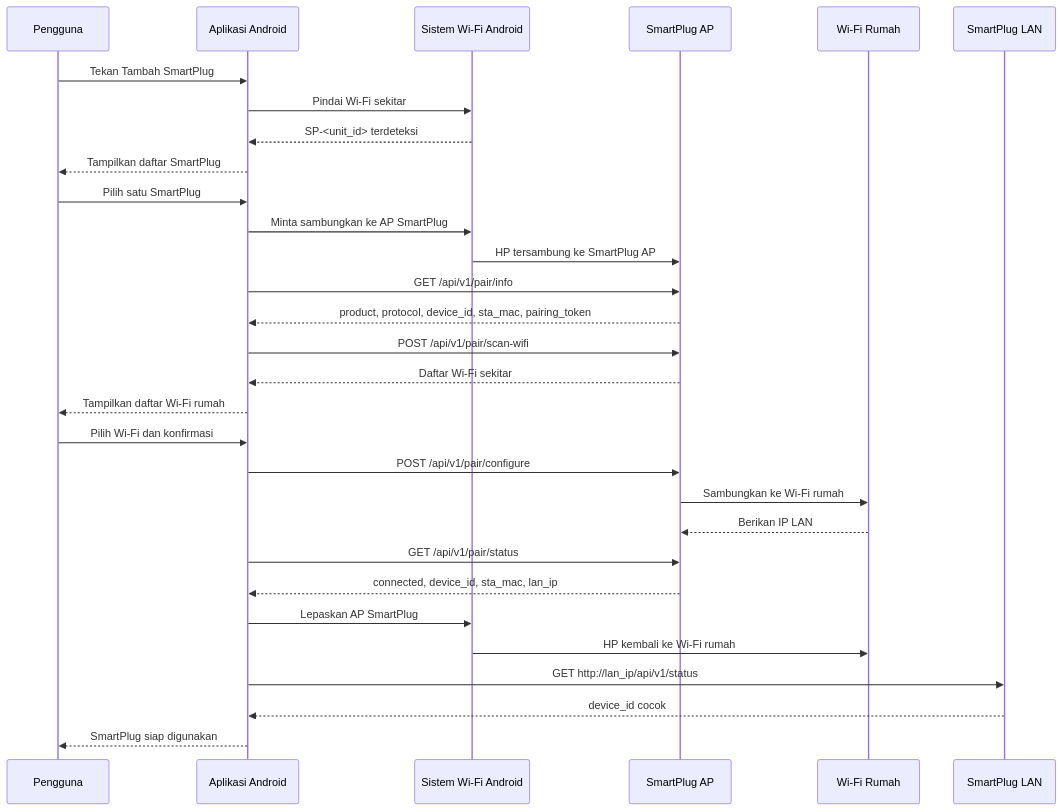
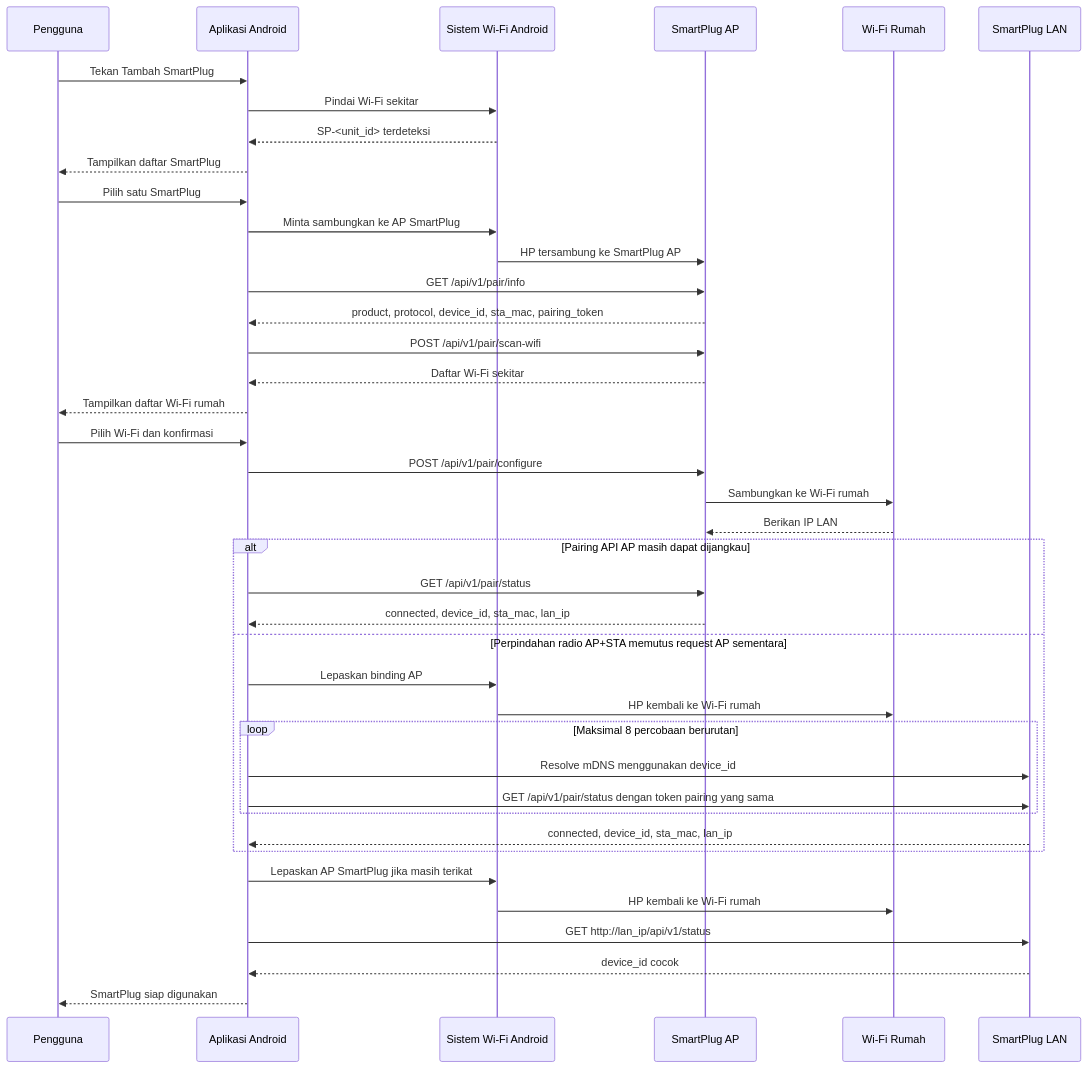
Before and after one commit to fadlurrahmanf/SmartPlug: the third of 5 diagrams in SmartPlug/docs/design.md, drawn with Mermaid. The commit also changed other lines of this file and 110 other files, not shown here.

````diff
--- a/SmartPlug/docs/design.md
+++ b/SmartPlug/docs/design.md
@@ -146,34 +244,44 @@
 ```mermaid
 sequenceDiagram
     participant U as Pengguna
     participant A as Aplikasi Android
     participant W as Sistem Wi-Fi Android
     participant S as SmartPlug AP
     participant R as Wi-Fi Rumah
     participant L as SmartPlug LAN
 
     U->>A: Tekan Tambah SmartPlug
     A->>W: Pindai Wi-Fi sekitar
     W-->>A: SP-<unit_id> terdeteksi
     A-->>U: Tampilkan daftar SmartPlug
     U->>A: Pilih satu SmartPlug
     A->>W: Minta sambungkan ke AP SmartPlug
     W->>S: HP tersambung ke SmartPlug AP
 
     A->>S: GET /api/v1/pair/info
     S-->>A: product, protocol, device_id, sta_mac, pairing_token
     A->>S: POST /api/v1/pair/scan-wifi
     S-->>A: Daftar Wi-Fi sekitar
     A-->>U: Tampilkan daftar Wi-Fi rumah
     U->>A: Pilih Wi-Fi dan konfirmasi
     A->>S: POST /api/v1/pair/configure
     S->>R: Sambungkan ke Wi-Fi rumah
     R-->>S: Berikan IP LAN
-    A->>S: GET /api/v1/pair/status
-    S-->>A: connected, device_id, sta_mac, lan_ip
-    A->>W: Lepaskan AP SmartPlug
+    alt Pairing API AP masih dapat dijangkau
+        A->>S: GET /api/v1/pair/status
+        S-->>A: connected, device_id, sta_mac, lan_ip
+    else Perpindahan radio AP+STA memutus request AP sementara
+        A->>W: Lepaskan binding AP
+        W->>R: HP kembali ke Wi-Fi rumah
+        loop Maksimal 8 percobaan berurutan
+            A->>L: Resolve mDNS menggunakan device_id
+            A->>L: GET /api/v1/pair/status dengan token pairing yang sama
+        end
+        L-->>A: connected, device_id, sta_mac, lan_ip
+    end
+    A->>W: Lepaskan AP SmartPlug jika masih terikat
     W->>R: HP kembali ke Wi-Fi rumah
     A->>L: GET http://lan_ip/api/v1/status
     L-->>A: device_id cocok
     A-->>U: SmartPlug siap digunakan
 ```
````
